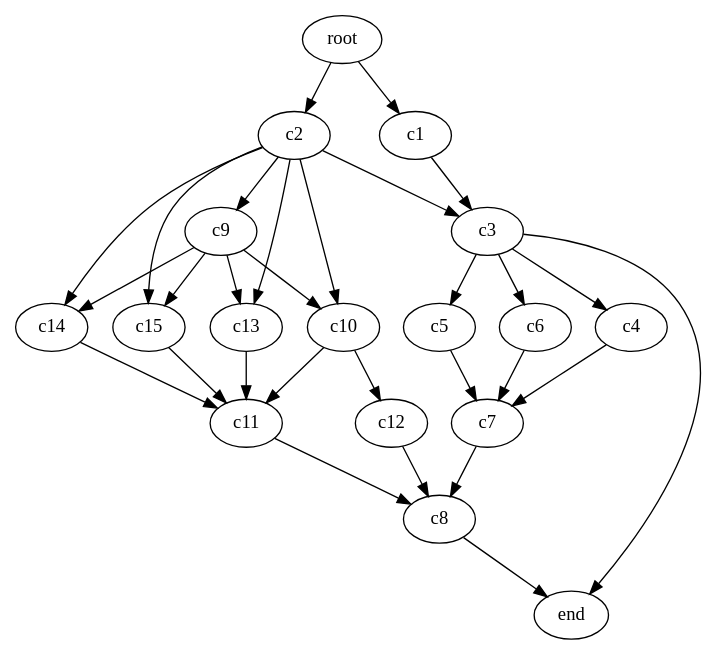
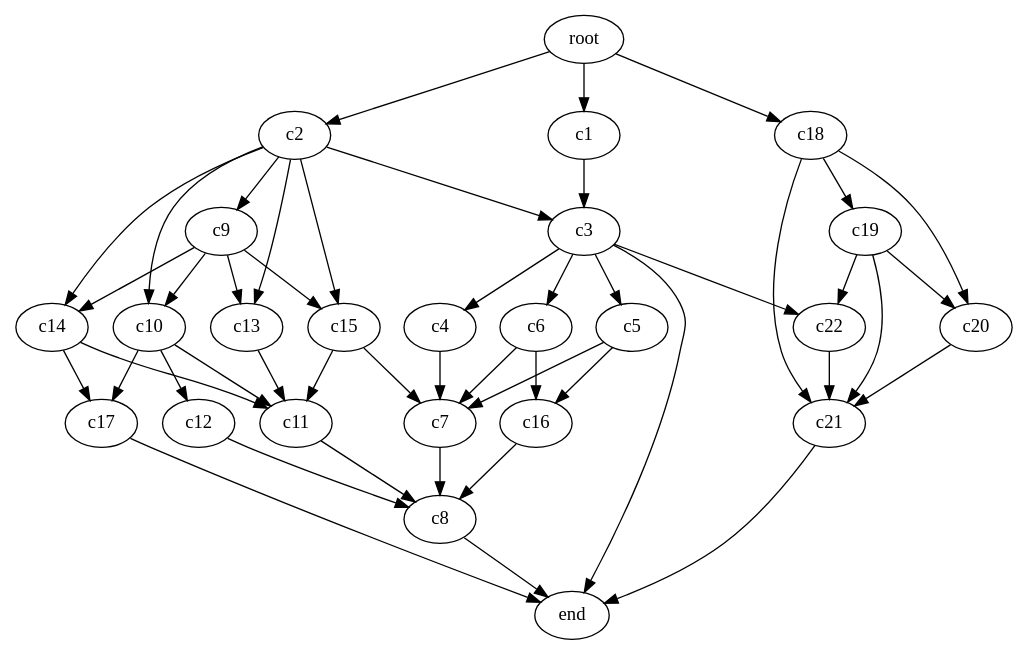
Before and after one commit to PreFX48/thesis: the diagram in experiment-2-enhanced/workflows/complex_2.dot, drawn with Graphviz. The commit also changed 4 other files, not shown here.

```diff
--- a/experiment-2-enhanced/workflows/complex_2.dot
+++ b/experiment-2-enhanced/workflows/complex_2.dot
@@ -1,47 +1,72 @@
 digraph G {
   c1 [size="3e9"];
   c2 [size="5e9"];
   c3 [size="3e9"];
   c4 [size="5e9"];
   c5 [size="3e9"];
   c6 [size="6e9"];
   c7 [size="3e9"];
+  c16 [size="3e9"];
   c8 [size="7e9"];
   c9 [size="7e9"];
   c10 [size="3e9"];
   c11 [size="7e9"];
   c12 [size="7e9"];
   c13 [size="5e9"];
   c14 [size="5e9"];
   c15 [size="5e9"];
+  c17 [size="3e9"];
+  c18 [size="4e9"];
+  c19 [size="4e9"];
+  c20 [size="4e9"];
+  c21 [size="4e9"];
+  c22 [size="4e9"];
 
-  root -> c1 [size="2.387097e+10"];
-  root -> c2 [size="1.193548e+10"];
-  c1 -> c3   [size="6.182580e+04"];
-  c2 -> c3   [size="5.967741e+09"];
-  c3 -> c4   [size="5.967741e+09"];
-  c3 -> c5   [size="5.967741e+09"];
-  c3 -> c6   [size="5.967741e+09"];
-  c4 -> c7   [size="3.580645e+09"];
-  c5 -> c7   [size="3.580645e+09"];
-  c6 -> c7   [size="3.580645e+09"];
-  c7 -> c8   [size="3.580645e+10"];
-  c8 -> end   [size="1.193548e+09"];
-  c3 -> end  [size="1.193548e+10"];
-  c2 -> c9 [size="1.193548e+10"];
-  c9 -> c10 [size="1.193548e+10"];
-  c2 -> c10 [size="1.193548e+10"];
-  c10 -> c11 [size="1.193548e+11"];
-  c10 -> c12 [size="1.193548e+11"];
-  c11 -> c8 [size="1.193548e+11"];
-  c12 -> c8 [size="1.193548e+11"];
-  c2 -> c13 [size="1.193548e+10"];
-  c9 -> c13 [size="1.193548e+10"];
-  c13 -> c11 [size="1.193548e+10"];
-  c2 -> c14 [size="1.193548e+10"];
-  c9 -> c14 [size="1.193548e+10"];
-  c14 -> c11 [size="1.193548e+10"];
-  c2 -> c15 [size="1.193548e+10"];
-  c9 -> c15 [size="1.193548e+10"];
-  c15 -> c11 [size="1.193548e+10"];
+  root -> c1 [size="2e10"];
+  root -> c2 [size="1e10"];
+  c1 -> c3   [size="5e10"];
+  c2 -> c3   [size="5e10"];
+  c3 -> c4   [size="5e10"];
+  c3 -> c5   [size="5e10"];
+  c3 -> c6   [size="5e10"];
+  c3 -> c22   [size="5e10"];
+  c4 -> c7   [size="3e10"];
+  c5 -> c7   [size="3e10"];
+  c6 -> c7   [size="3e10"];
+  c5 -> c16   [size="3e10"];
+  c6 -> c16   [size="3e10"];
+  c7 -> c8   [size="3e10"];
+  c8 -> end   [size="1e9"];
+  c3 -> end  [size="1e10"];
+  c2 -> c9 [size="1e10"];
+  c9 -> c10 [size="1e10"];
+  c2 -> c10 [size="1e10"];
+  c10 -> c11 [size="1e11"];
+  c10 -> c12 [size="1e11"];
+  c10 -> c17 [size="1e11"];
+  c14 -> c17 [size="1e11"];
+  c11 -> c8 [size="1e11"];
+  c12 -> c8 [size="1e11"];
+  c16 -> c8 [size="1e11"];
+  c17 -> end [size="1e11"];
+  c2 -> c13 [size="1e10"];
+  c9 -> c13 [size="1e10"];
+  c13 -> c11 [size="1e10"];
+  c2 -> c14 [size="1e10"];
+  c9 -> c14 [size="1e10"];
+  c14 -> c11 [size="1e10"];
+  c2 -> c15 [size="1e10"];
+  c9 -> c15 [size="1e10"];
+  c15 -> c11 [size="1e10"];
+  c15 -> c7 [size="1e11"];
+  root -> c18 [size="5e10"];
+  c18 -> c19 [size="5e10"];
+  c18 -> c20 [size="5e10"];
+  c18 -> c21 [size="5e10"];
+  c19 -> c20 [size="5e10"];
+  c19 -> c21 [size="5e10"];
+  c19 -> c22 [size="5e10"];
+  c20 -> c21 [size="5e10"];
+  c22 -> c21 [size="5e10"];
+  c21 -> end [size="5e10"];
 }
```
